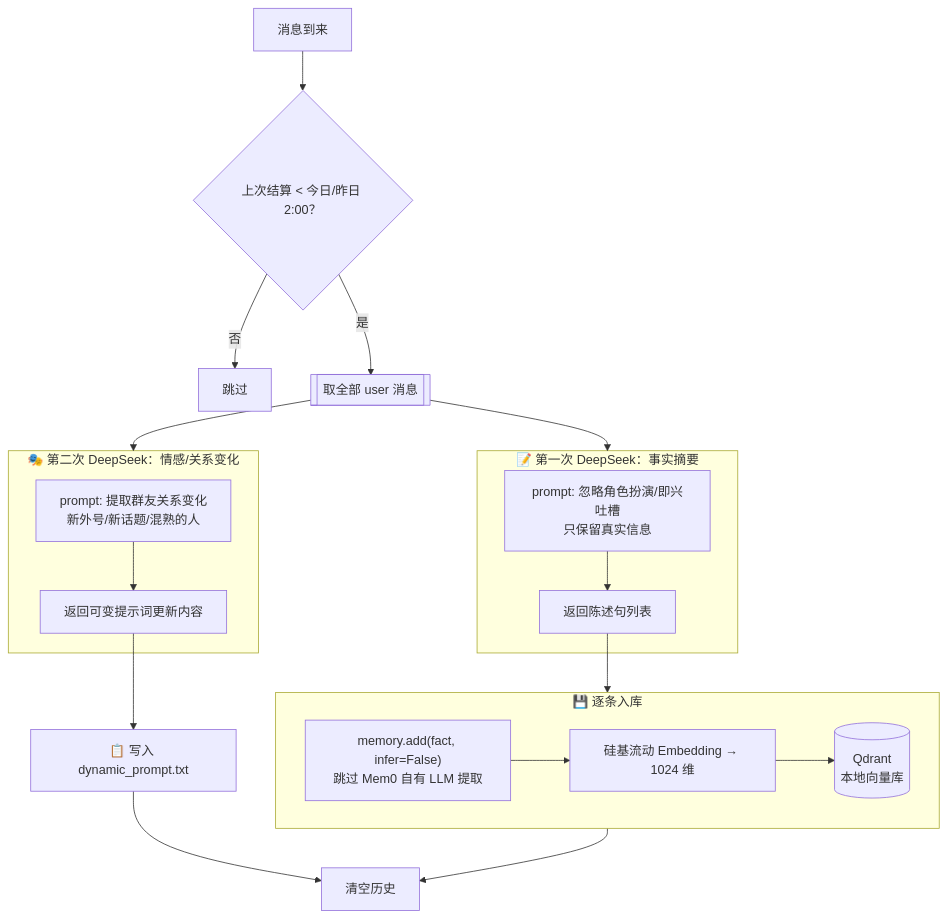
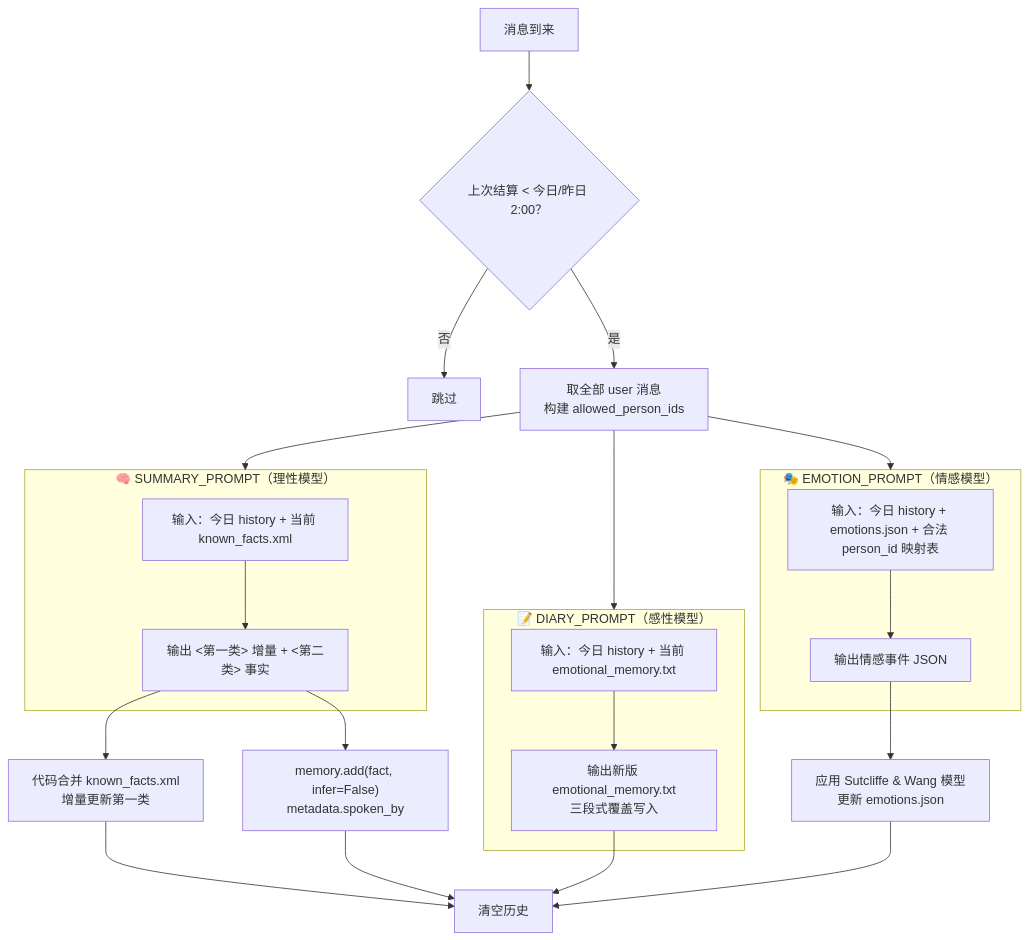
One commit to DiliuPengyun/a-qq-bot-exercise changed the first of 4 diagrams in memory-flow.md. Above: the diagram before and after it, drawn with Mermaid. The commit also changed other lines of this file and 28 other files, not shown here.

````diff
--- a/memory-flow.md
+++ b/memory-flow.md
@@ -5,31 +5,34 @@
 ```mermaid
 flowchart TD
     BOUNDARY["消息到来"] --> CHECK{"上次结算 &lt; 今日/昨日 2:00？"}
     CHECK -- 否 --> SKIP["跳过"]
-    CHECK -- 是 --> H[["取全部 user 消息"]]
+    CHECK -- 是 --> H["取全部 user 消息<br/>构建 allowed_person_ids"]
 
-    H --> FACTS
+    H --> SUMMARY
 
-    subgraph FACTS["📝 第一次 DeepSeek：事实摘要"]
-        F1["prompt: 忽略角色扮演/即兴吐槽<br/>只保留真实信息"] --> F2["返回陈述句列表"]
+    subgraph SUMMARY["🧠 SUMMARY_PROMPT（理性模型）"]
+        S1["输入：今日 history + 当前 known_facts.xml"] --> S2["输出 &lt;第一类&gt; 增量 + &lt;第二类&gt; 事实"]
     end
 
-    F2 --> STORE
+    S2 --> MERGE["代码合并 known_facts.xml<br/>增量更新第一类"]
+    S2 --> MEM0["memory.add(fact, infer=False)<br/>metadata.spoken_by"]
 
-    subgraph STORE["💾 逐条入库"]
-        M1["memory.add(fact, infer=False)<br/>跳过 Mem0 自有 LLM 提取"]
-        M1 --> M2["硅基流动 Embedding → 1024 维"]
-        M2 --> M3[("Qdrant<br/>本地向量库")]
+    H --> DIARY
+
+    subgraph DIARY["📝 DIARY_PROMPT（感性模型）"]
+        D1["输入：今日 history + 当前 emotional_memory.txt"] --> D2["输出新版 emotional_memory.txt<br/>三段式覆盖写入"]
     end
 
     H --> EMOTION
 
-    subgraph EMOTION["🎭 第二次 DeepSeek：情感/关系变化"]
-        E1["prompt: 提取群友关系变化<br/>新外号/新话题/混熟的人"] --> E2["返回可变提示词更新内容"]
+    subgraph EMOTION["🎭 EMOTION_PROMPT（情感模型）"]
+        E1["输入：今日 history + emotions.json + 合法 person_id 映射表"] --> E2["输出情感事件 JSON"]
     end
 
-    E2 --> DYNAMIC["📋 写入 dynamic_prompt.txt"]
+    E2 --> APPLY["应用 Sutcliffe &amp; Wang 模型<br/>更新 emotions.json"]
 
-    DYNAMIC --> CLEAR["清空历史"]
-    STORE --> CLEAR
+    MERGE --> CLEAR["清空历史"]
+    MEM0 --> CLEAR
+    D2 --> CLEAR
+    APPLY --> CLEAR
 ```
````
